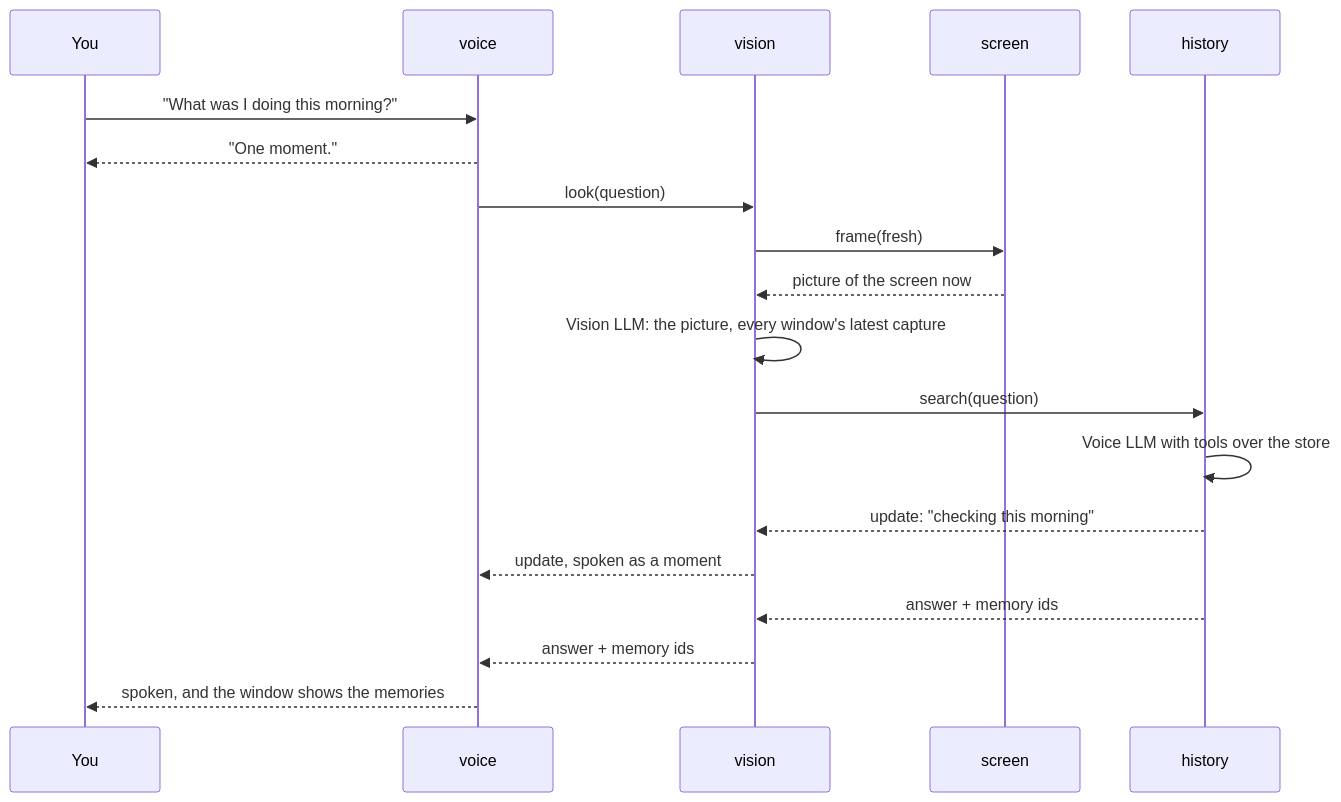
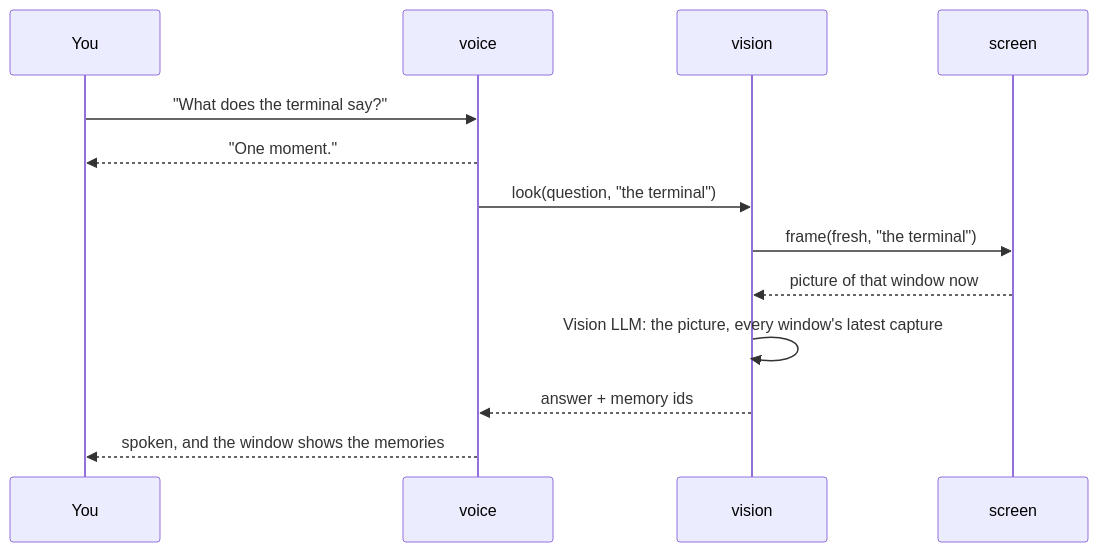
One commit to pipecat-ai/peekaboo changed the second of 4 diagrams in README.md. Above: the diagram before and after it, drawn with Mermaid. The commit also changed other lines of this file and 4 other files, not shown here.

Commit message:
Questions about the past go straight to history: a remember tool, no frame, no vision model

````diff
--- a/README.md
+++ b/README.md
@@ -86,21 +87,15 @@
 ```mermaid
 sequenceDiagram
   participant U as You
   participant V as voice
   participant S as vision
   participant C as screen
-  participant H as history
-  U->>V: "What was I doing this morning?"
+  U->>V: "What does the terminal say?"
   V-->>U: "One moment."
-  V->>S: look(question)
-  S->>C: frame(fresh)
-  C-->>S: picture of the screen now
+  V->>S: look(question, "the terminal")
+  S->>C: frame(fresh, "the terminal")
+  C-->>S: picture of that window now
   S->>S: Vision LLM: the picture, every window's latest capture
-  S->>H: search(question)
-  H->>H: Voice LLM with tools over the store
-  H-->>S: update: "checking this morning"
-  S-->>V: update, spoken as a moment
-  H-->>S: answer + memory ids
   S-->>V: answer + memory ids
   V-->>U: spoken, and the window shows the memories
 ```
````
